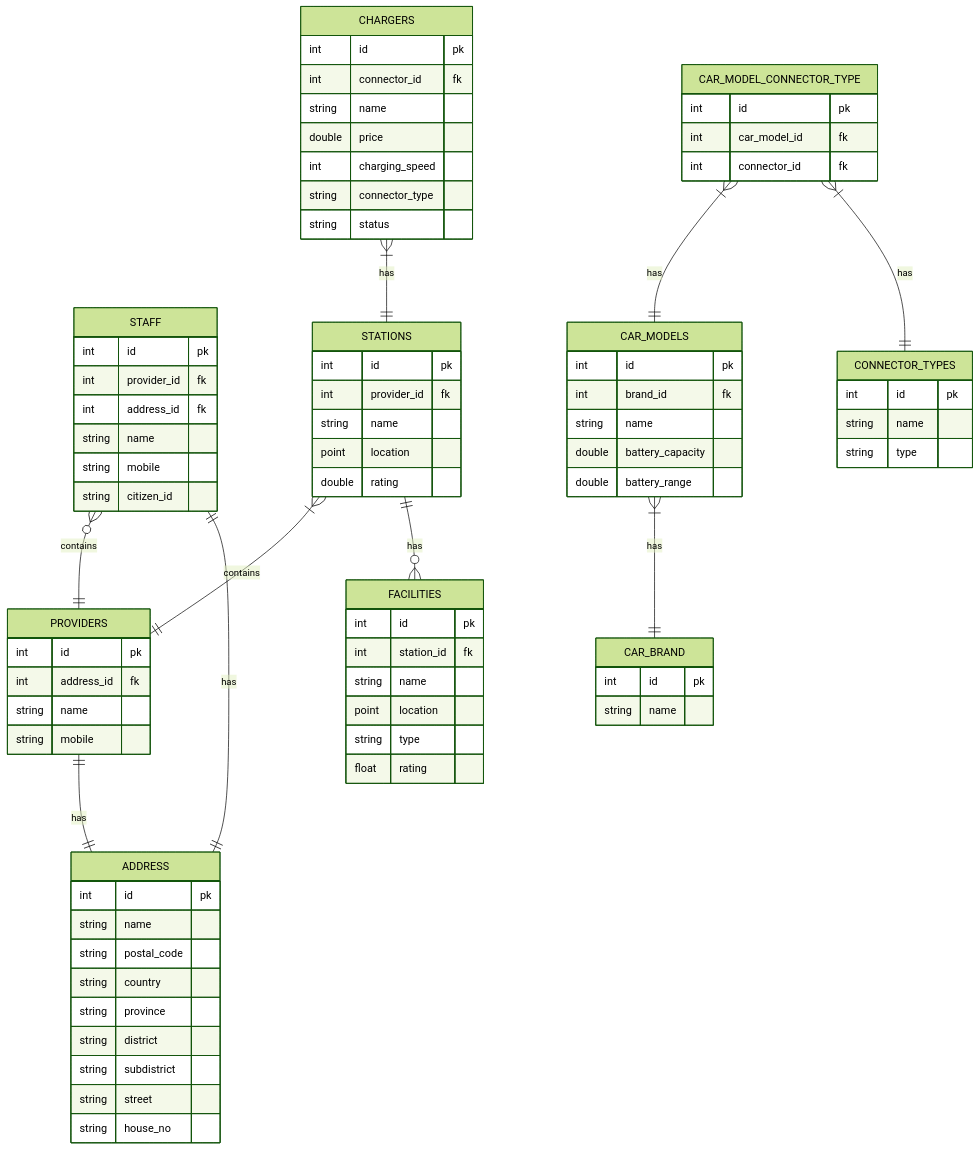
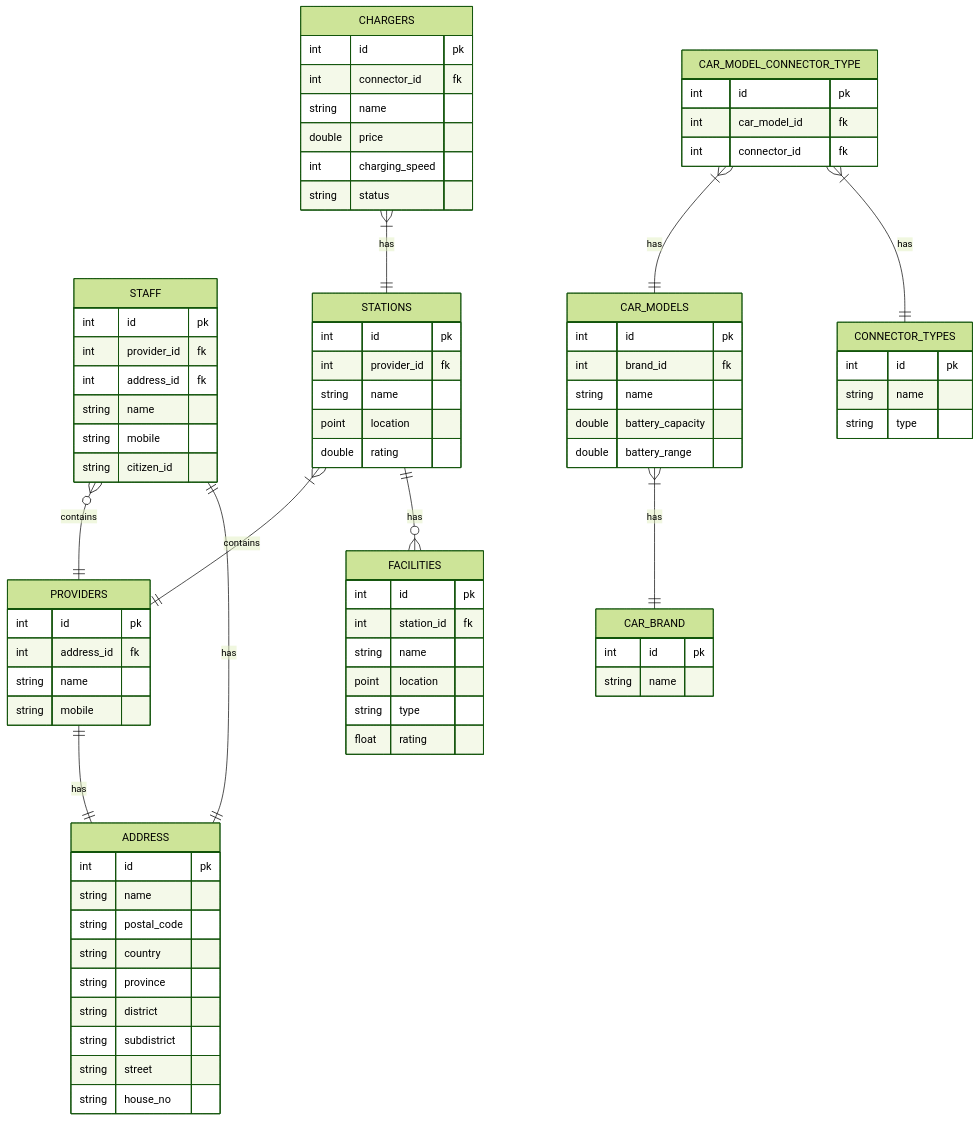
The diagram in db.md (ongzasad/ev-trip-planner), drawn with Mermaid (forest theme) before and after one commit.

Commit message:
delete connector_type

````diff
--- a/db.md
+++ b/db.md
@@ -2,82 +2,81 @@
 ```mermaid
     erDiagram
         STAFF {
             int id pk
             int provider_id fk
             int address_id fk
             string name
             string mobile
             string citizen_id
         }
         PROVIDERS {
             int id pk
             int address_id fk
             string name
             string mobile
         }
         CAR_MODELS {
             int id pk
             int brand_id fk
             string name
             double battery_capacity
             double battery_range
         }
         CAR_BRAND {
             int id pk
             string name
         }
         FACILITIES {
             int id pk
             int station_id fk
             string name
             point location
             string type
             float rating
         }
         CHARGERS {
             int id pk
             int connector_id fk
             string name
             double price
             int charging_speed
-            string connector_type
             string status
         }
         STATIONS {
             int id pk
             int provider_id fk
             string name
             point location
             double rating
         }
         ADDRESS {
             int id pk
             string name
             string postal_code
             string country
             string province
             string district
             string subdistrict
             string street
             string house_no
         }
         CONNECTOR_TYPES {
             int id pk
             string name
             string type
         }
         CAR_MODEL_CONNECTOR_TYPE {
             int id pk
             int car_model_id fk
             int connector_id fk
         }
         STAFF o{--|| PROVIDERS : contains
         STATIONS |{--|| PROVIDERS : contains
         CAR_MODELS |{--|| CAR_BRAND : has
         STATIONS ||--o{ FACILITIES : has
         CHARGERS |{--|| STATIONS : has
         STAFF ||--|| ADDRESS : has
         PROVIDERS ||--|| ADDRESS : has
         CAR_MODEL_CONNECTOR_TYPE |{--|| CAR_MODELS : has
         CAR_MODEL_CONNECTOR_TYPE |{--|| CONNECTOR_TYPES : has
 ```     
````
